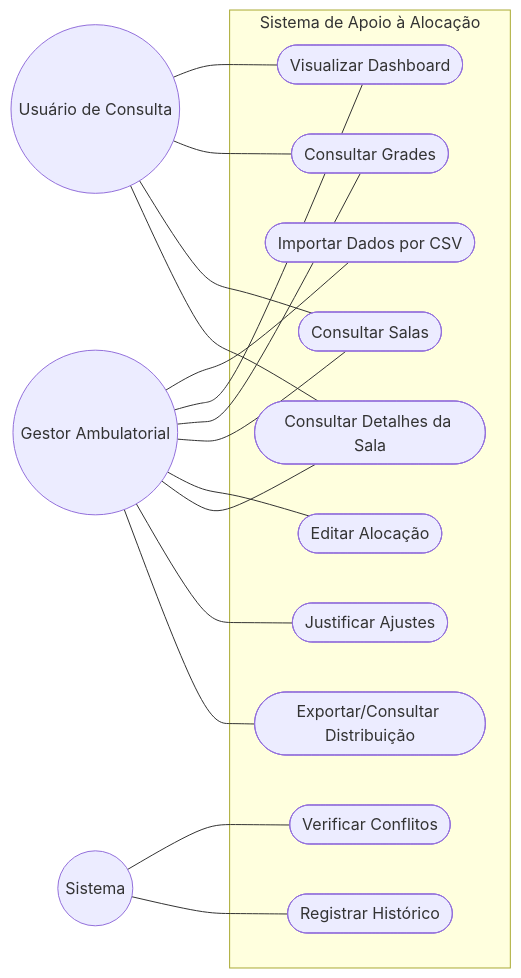
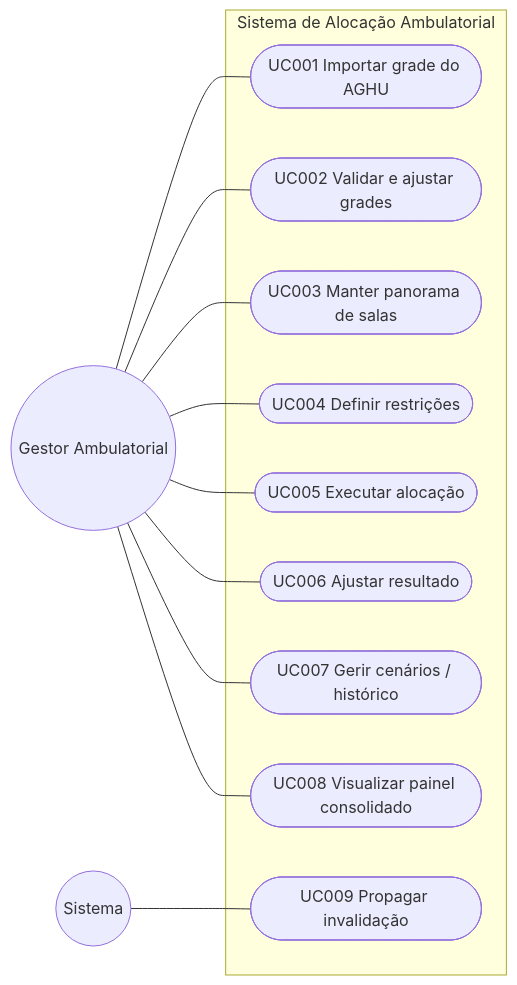
The first of 2 diagrams in docs/spec/03-casos-uso.md (DgCavalcanti/appstartTeam1), drawn with Mermaid before and after one commit. The commit also changed other lines of this file and 8 other files, not shown here.

````diff
--- a/docs/spec/03-casos-uso.md
+++ b/docs/spec/03-casos-uso.md
@@ -4,36 +6,28 @@
 ```mermaid
 flowchart LR
     GA((Gestor Ambulatorial))
-    UC((Usuário de Consulta))
     SIS((Sistema))
 
-    subgraph "Sistema de Apoio à Alocação"
-        UC1([Importar Dados por CSV])
-        UC2([Visualizar Dashboard])
-        UC3([Consultar Grades])
-        UC4([Consultar Salas])
-        UC5([Verificar Conflitos])
-        UC6([Editar Alocação])
-        UC7([Consultar Detalhes da Sala])
-        UC8([Registrar Histórico])
-        UC9([Justificar Ajustes])
-        UC10([Exportar/Consultar Distribuição])
+    subgraph "Sistema de Alocação Ambulatorial"
+        UC1([UC001 Importar grade do AGHU])
+        UC2([UC002 Validar e ajustar grades])
+        UC3([UC003 Manter panorama de salas])
+        UC4([UC004 Definir restrições])
+        UC5([UC005 Executar alocação])
+        UC6([UC006 Ajustar resultado])
+        UC7([UC007 Gerir cenários / histórico])
+        UC8([UC008 Visualizar painel consolidado])
+        UC9([UC009 Propagar invalidação])
     end
 
     GA --- UC1
     GA --- UC2
     GA --- UC3
     GA --- UC4
+    GA --- UC5
     GA --- UC6
     GA --- UC7
-    GA --- UC9
-    GA --- UC10
+    GA --- UC8
 
-    UC --- UC2
-    UC --- UC3
-    UC --- UC4
-    UC --- UC7
-
-    SIS --- UC5
-    SIS --- UC8
+    SIS --- UC9
 ```
````
